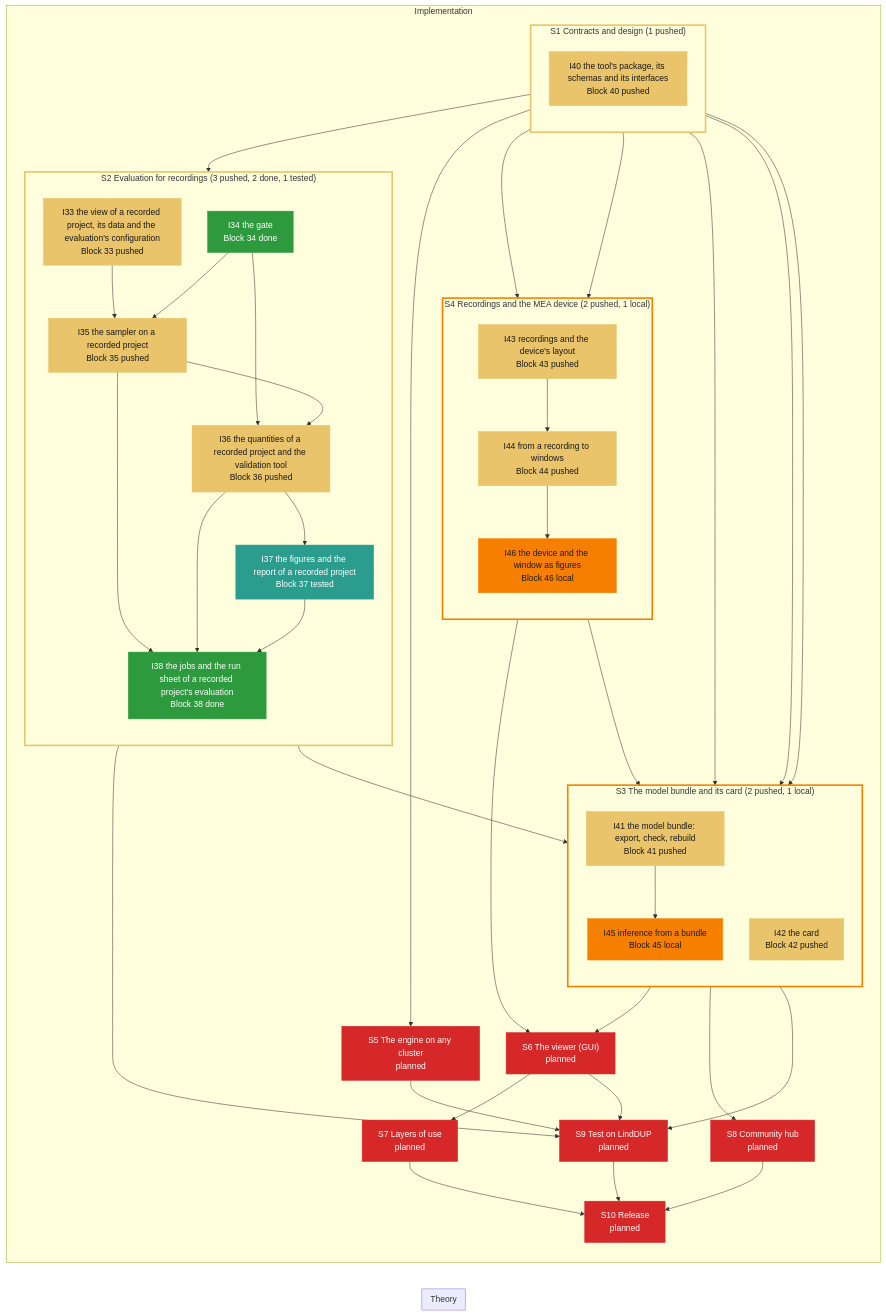
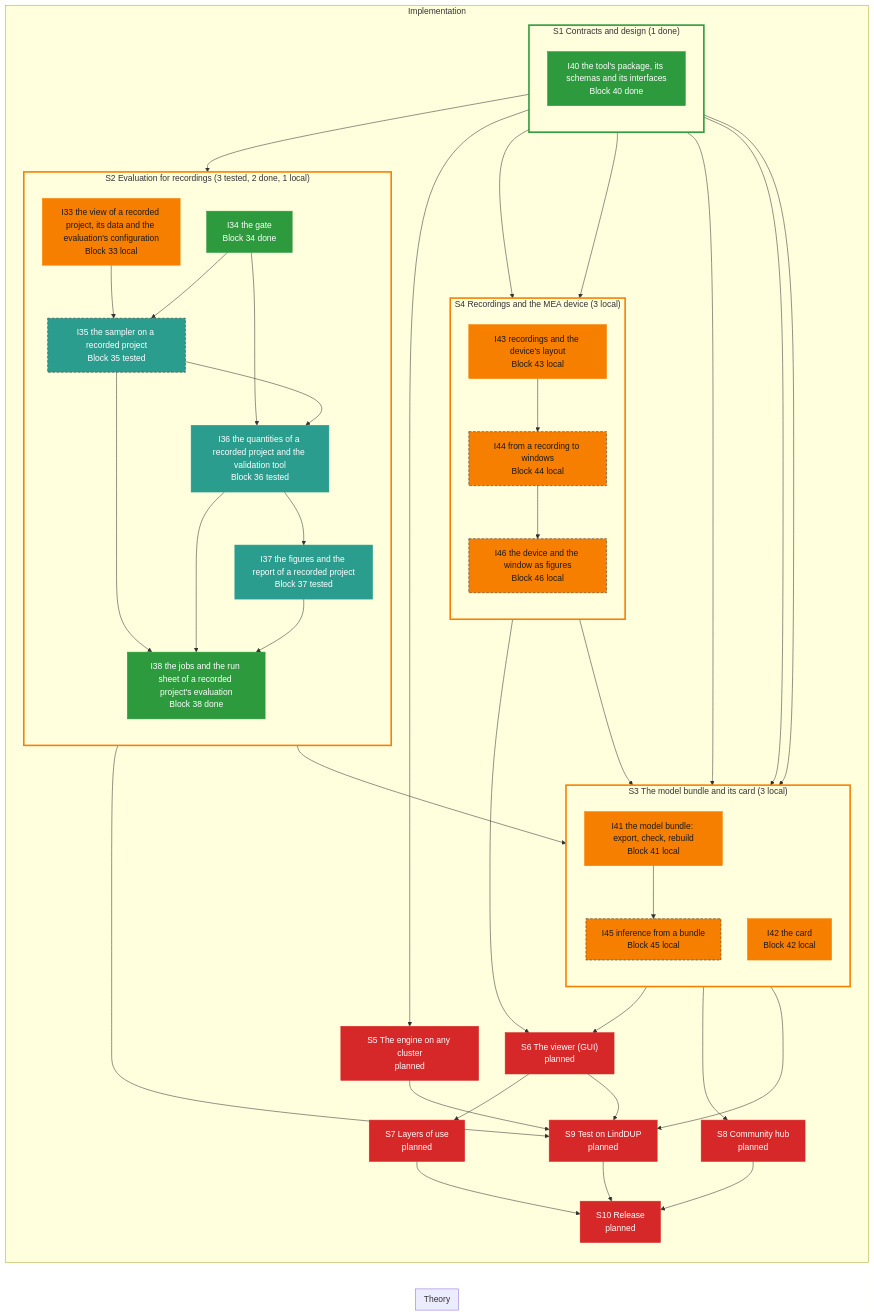
Before and after one commit to Leonardodm00/Simulation-Based-Inference: the diagram in specs/roadmap/tool.md, drawn with Mermaid. The commit also changed other lines of this file, not shown here.

Commit message:
roadmap: tool re-rendered after the fix round
Claude-Session: https://claude.ai/code/session_015FuK9waJUq8JtaZq99jETA

````diff
--- a/specs/roadmap/tool.md
+++ b/specs/roadmap/tool.md
@@ -21,29 +21,29 @@
     end
     subgraph impl["Implementation"]
         direction TB
-        subgraph grp_S1["S1 Contracts and design (1 pushed)"]
+        subgraph grp_S1["S1 Contracts and design (1 done)"]
             direction TB
-            I40["I40 the tool's package, its schemas and its interfaces<br/>Block 40 pushed"]:::pushed
+            I40["I40 the tool's package, its schemas and its interfaces<br/>Block 40 done"]:::done
         end
-        subgraph grp_S2["S2 Evaluation for recordings (3 pushed, 2 done, 1 tested)"]
+        subgraph grp_S2["S2 Evaluation for recordings (3 tested, 2 done, 1 local)"]
             direction TB
-            I33["I33 the view of a recorded project, its data and the evaluation's configuration<br/>Block 33 pushed"]:::pushed
+            I33["I33 the view of a recorded project, its data and the evaluation's configuration<br/>Block 33 local"]:::local
             I34["I34 the gate<br/>Block 34 done"]:::done
-            I35["I35 the sampler on a recorded project<br/>Block 35 pushed"]:::pushed
-            I36["I36 the quantities of a recorded project and the validation tool<br/>Block 36 pushed"]:::pushed
+            I35["I35 the sampler on a recorded project<br/>Block 35 tested"]:::tested
+            I36["I36 the quantities of a recorded project and the validation tool<br/>Block 36 tested"]:::tested
             I37["I37 the figures and the report of a recorded project<br/>Block 37 tested"]:::tested
             I38["I38 the jobs and the run sheet of a recorded project's evaluation<br/>Block 38 done"]:::done
         end
-        subgraph grp_S3["S3 The model bundle and its card (2 pushed, 1 local)"]
+        subgraph grp_S3["S3 The model bundle and its card (3 local)"]
             direction TB
-            I41["I41 the model bundle: export, check, rebuild<br/>Block 41 pushed"]:::pushed
-            I42["I42 the card<br/>Block 42 pushed"]:::pushed
+            I41["I41 the model bundle: export, check, rebuild<br/>Block 41 local"]:::local
+            I42["I42 the card<br/>Block 42 local"]:::local
             I45["I45 inference from a bundle<br/>Block 45 local"]:::local
         end
-        subgraph grp_S4["S4 Recordings and the MEA device (2 pushed, 1 local)"]
+        subgraph grp_S4["S4 Recordings and the MEA device (3 local)"]
             direction TB
-            I43["I43 recordings and the device's layout<br/>Block 43 pushed"]:::pushed
-            I44["I44 from a recording to windows<br/>Block 44 pushed"]:::pushed
+            I43["I43 recordings and the device's layout<br/>Block 43 local"]:::local
+            I44["I44 from a recording to windows<br/>Block 44 local"]:::local
             I46["I46 the device and the window as figures<br/>Block 46 local"]:::local
         end
         S5["S5 The engine on any cluster<br/>planned"]:::planned
@@ -84,8 +84,9 @@
         I44 --> I45
         I44 --> I46
     end
-    style grp_S1 stroke:#e9c46a,stroke-width:3px
-    style grp_S2 stroke:#e9c46a,stroke-width:3px
+    class I35,I44,I45,I46 blocked
+    style grp_S1 stroke:#2d9a3d,stroke-width:3px
+    style grp_S2 stroke:#f77f00,stroke-width:3px
     style grp_S3 stroke:#f77f00,stroke-width:3px
     style grp_S4 stroke:#f77f00,stroke-width:3px
 ```
````
